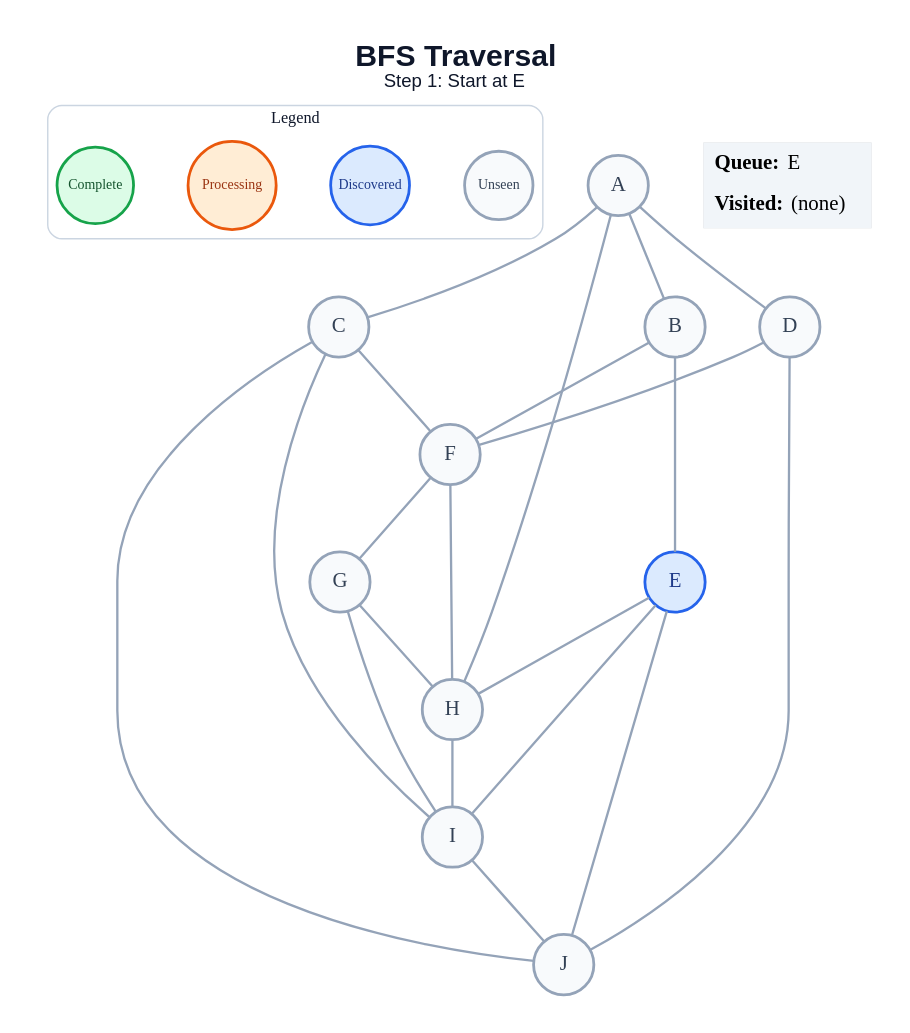
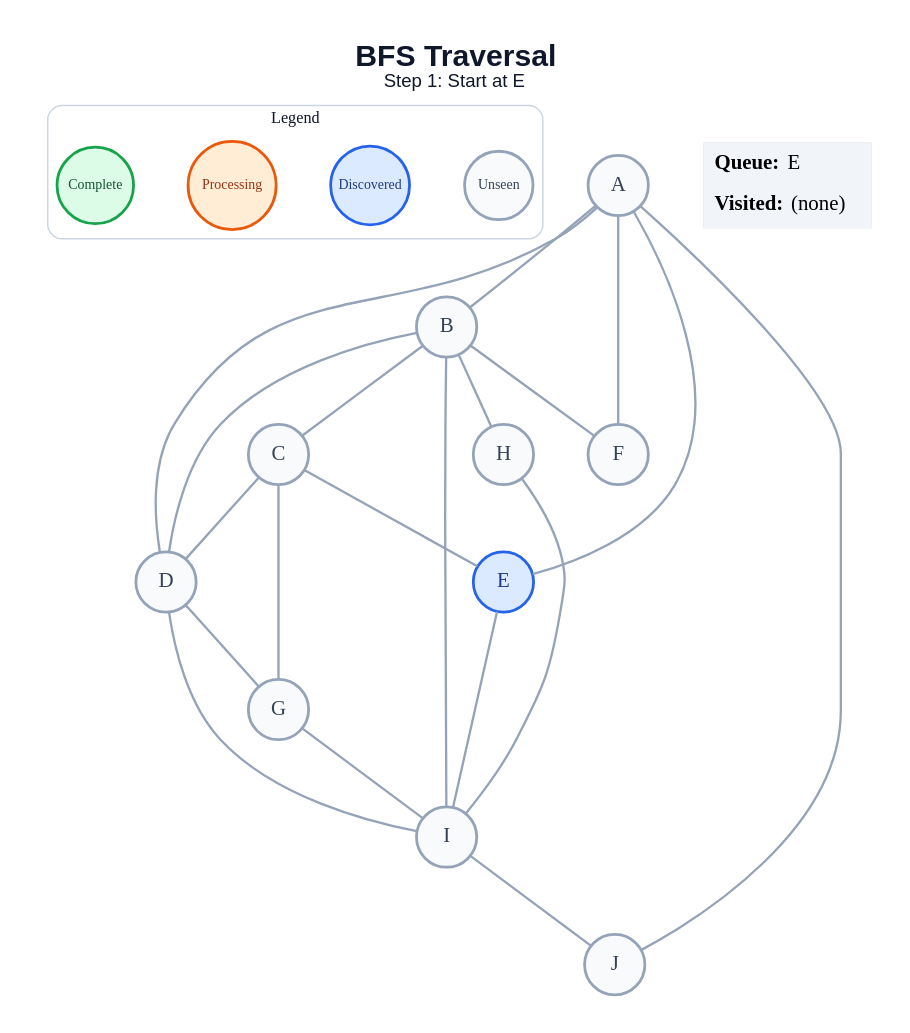
Before and after one commit to amanghodawala9/ai-slop: the diagram in generated/specific-node/bfs/step_01.dot, drawn with Graphviz. The commit also changed 178 other files, not shown here.

```diff
--- a/generated/specific-node/bfs/step_01.dot
+++ b/generated/specific-node/bfs/step_01.dot
@@ -1,49 +1,48 @@
 graph traversal {
   graph [layout=dot, rankdir=TB, bgcolor="#FFFFFF", pad="0.35", nodesep="0.65", ranksep="0.8", fontname="Arial"];
   node [shape=circle, style="filled", fontname="Arial Bold", fontsize=18, width=0.72, fixedsize=true, penwidth=2.4];
   edge [color="#94A3B8", penwidth=2.0];
   label=<<B>BFS Traversal</B><BR/><FONT POINT-SIZE="16">Step 1: Start at E</FONT>>; labelloc="t"; fontsize=26; fontname="Arial"; fontcolor="#0F172A";
   subgraph cluster_legend { label="Legend"; color="#CBD5E1"; penwidth=1.2; style="rounded"; fontsize=14; fontname="Arial Bold";
     key_unseen [label="Unseen", fillcolor="#F8FAFC", color="#94A3B8", fontcolor="#334155", fontsize=12, width=0.82];
     key_frontier [label="Discovered", fillcolor="#DBEAFE", color="#2563EB", fontcolor="#1E3A8A", fontsize=12, width=0.95];
     key_current [label="Processing", fillcolor="#FFEDD5", color="#EA580C", fontcolor="#9A3412", fontsize=12, width=1.05];
     key_done [label="Complete", fillcolor="#DCFCE7", color="#16A34A", fontcolor="#14532D", fontsize=12, width=0.92];
     { rank=same; key_unseen; key_frontier; key_current; key_done; }
   }
   A [fillcolor="#F8FAFC", color="#94A3B8", fontcolor="#334155"];
   B [fillcolor="#F8FAFC", color="#94A3B8", fontcolor="#334155"];
   C [fillcolor="#F8FAFC", color="#94A3B8", fontcolor="#334155"];
   D [fillcolor="#F8FAFC", color="#94A3B8", fontcolor="#334155"];
   E [fillcolor="#DBEAFE", color="#2563EB", fontcolor="#1E3A8A"];
   F [fillcolor="#F8FAFC", color="#94A3B8", fontcolor="#334155"];
   G [fillcolor="#F8FAFC", color="#94A3B8", fontcolor="#334155"];
   H [fillcolor="#F8FAFC", color="#94A3B8", fontcolor="#334155"];
   I [fillcolor="#F8FAFC", color="#94A3B8", fontcolor="#334155"];
   J [fillcolor="#F8FAFC", color="#94A3B8", fontcolor="#334155"];
   A -- B;
-  A -- C;
   A -- D;
-  A -- H;
-  B -- E;
+  A -- E;
+  A -- F;
+  A -- J;
+  B -- C;
+  B -- D;
   B -- F;
-  C -- F;
-  C -- I;
-  C -- J;
-  D -- F;
-  D -- J;
-  E -- H;
+  B -- H;
+  B -- I;
+  C -- D;
+  C -- E;
+  C -- G;
+  D -- G;
+  D -- I;
   E -- I;
-  E -- J;
-  F -- G;
-  F -- H;
-  G -- H;
   G -- I;
   H -- I;
   I -- J;
   status [shape=plain, fixedsize=false, width=0, height=0, margin=0, label=<
     <TABLE BORDER="0" CELLBORDER="0" CELLPADDING="7" BGCOLOR="#F1F5F9">
       <TR><TD ALIGN="LEFT"><B>Queue:</B> E</TD></TR>
       <TR><TD ALIGN="LEFT"><B>Visited:</B> (none)</TD></TR>
     </TABLE>
   >];
 }
```
